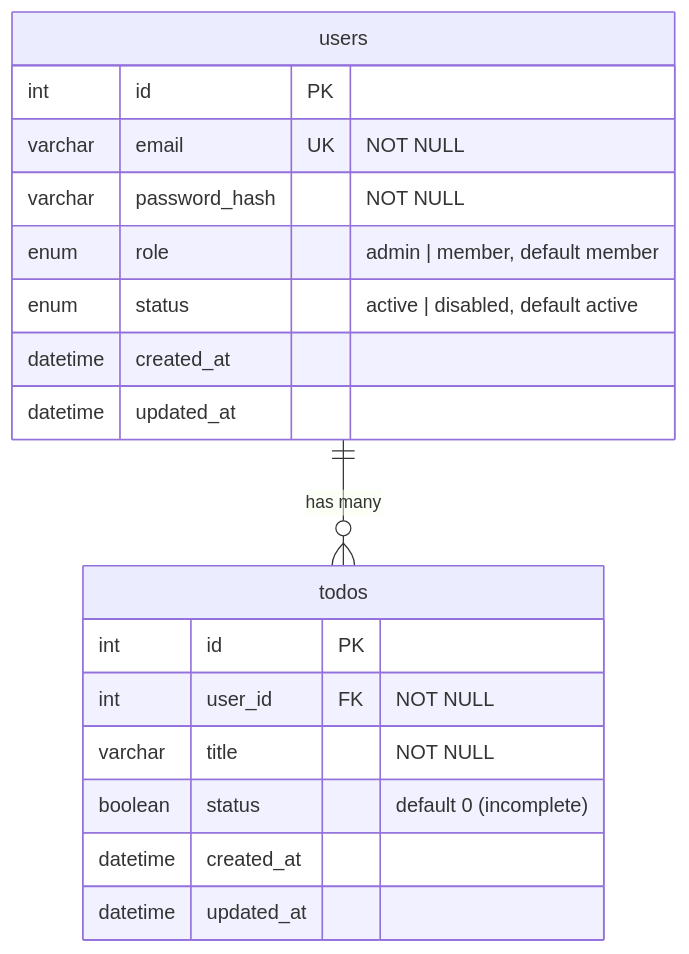
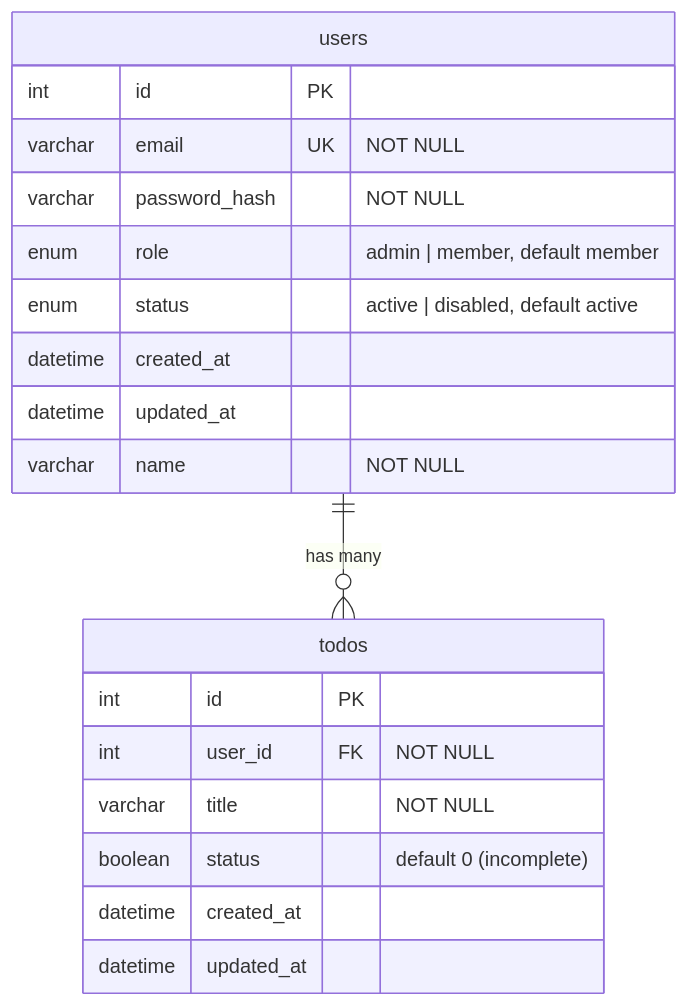
One commit to NAKANO8/todo_app changed the diagram in docs/wiki/Database-Schema.ja.md. Above: the diagram before and after it, drawn with Mermaid. The commit also changed other lines of this file and 15 other files, not shown here.

````diff
--- a/docs/wiki/Database-Schema.ja.md
+++ b/docs/wiki/Database-Schema.ja.md
@@ -9,23 +9,24 @@
 ```mermaid
 erDiagram
     users ||--o{ todos : "has many"
 
     users {
         int id PK
         varchar email UK "NOT NULL"
         varchar password_hash "NOT NULL"
         enum role "admin | member, default member"
         enum status "active | disabled, default active"
         datetime created_at
         datetime updated_at
+        varchar name "NOT NULL"
     }
 
     todos {
         int id PK
         int user_id FK "NOT NULL"
         varchar title "NOT NULL"
         boolean status "default 0 (incomplete)"
         datetime created_at
         datetime updated_at
     }
 ```
````
